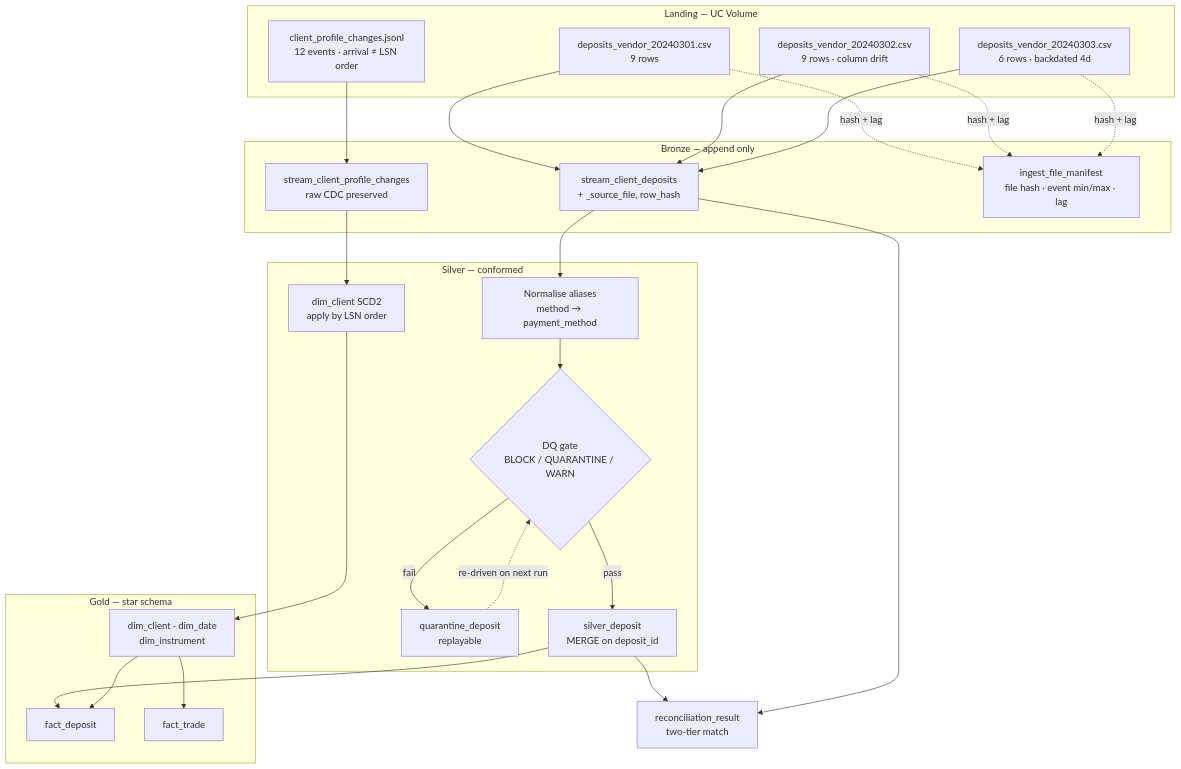
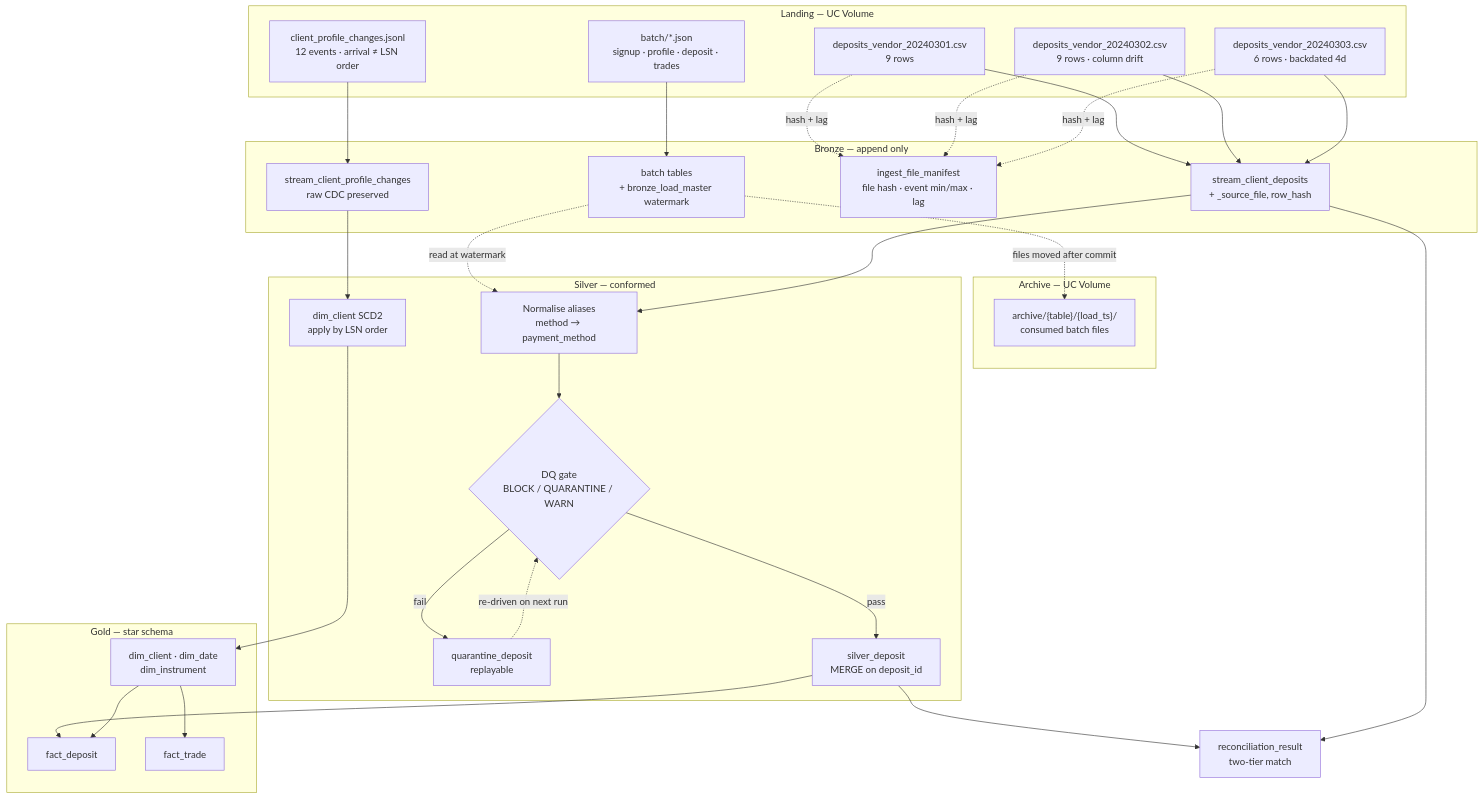
One commit to divakarj-SDET/deriv-assessment changed the diagram in part1_pipeline.md. Above: the diagram before and after it, drawn with Mermaid. The commit also changed other lines of this file and 1 other file, not shown here.

````diff
--- a/part1_pipeline.md
+++ b/part1_pipeline.md
@@ -30,44 +31,53 @@
 ```mermaid
 flowchart TB
     subgraph LAND["Landing — UC Volume"]
         V1["deposits_vendor_20240301.csv<br/>9 rows"]
         V2["deposits_vendor_20240302.csv<br/>9 rows · column drift"]
         V3["deposits_vendor_20240303.csv<br/>6 rows · backdated 4d"]
         C1["client_profile_changes.jsonl<br/>12 events · arrival ≠ LSN order"]
+        BJ["batch/*.json<br/>signup · profile · deposit · trades"]
+    end
+
+    subgraph ARCH["Archive — UC Volume"]
+        ARC["archive/{table}/{load_ts}/<br/>consumed batch files"]
     end
 
     subgraph BRONZE["Bronze — append only"]
         B1["stream_client_deposits<br/>+ _source_file, row_hash"]
         B2["stream_client_profile_changes<br/>raw CDC preserved"]
         MAN["ingest_file_manifest<br/>file hash · event min/max · lag"]
+        BB["batch tables<br/>+ bronze_load_master watermark"]
     end
 
     subgraph SILVER["Silver — conformed"]
         N["Normalise aliases<br/>method → payment_method"]
         DQ{"DQ gate<br/>BLOCK / QUARANTINE / WARN"}
         Q["quarantine_deposit<br/>replayable"]
         S1["silver_deposit<br/>MERGE on deposit_id"]
         S2["dim_client SCD2<br/>apply by LSN order"]
     end
 
     subgraph GOLD["Gold — star schema"]
         F1["fact_deposit"]
         F2["fact_trade"]
         D1["dim_client · dim_date<br/>dim_instrument"]
     end
 
     R["reconciliation_result<br/>two-tier match"]
 
     V1 & V2 & V3 --> B1
     C1 --> B2
     V1 & V2 & V3 -.hash + lag.-> MAN
+    BJ --> BB
+    BB -.files moved after commit.-> ARC
+    BB -.read at watermark.-> N
     B1 --> N --> DQ
     DQ -->|pass| S1
     DQ -->|fail| Q
     Q -.re-driven on next run.-> DQ
     B2 --> S2
     S1 --> F1
     S2 --> D1
     S1 & B1 --> R
     D1 --> F1 & F2
 ```
````
